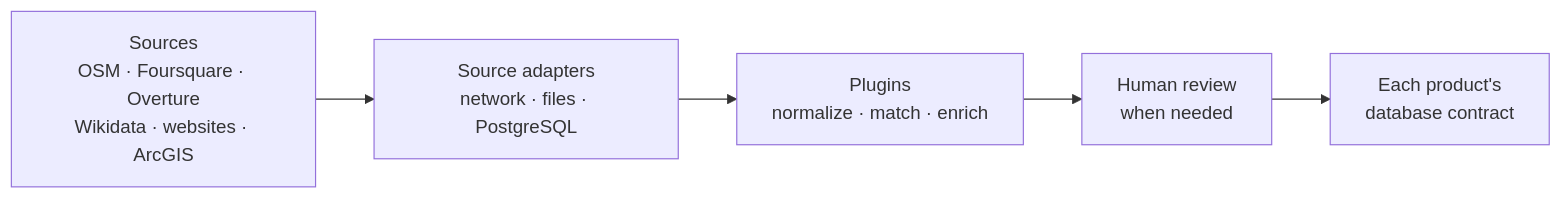
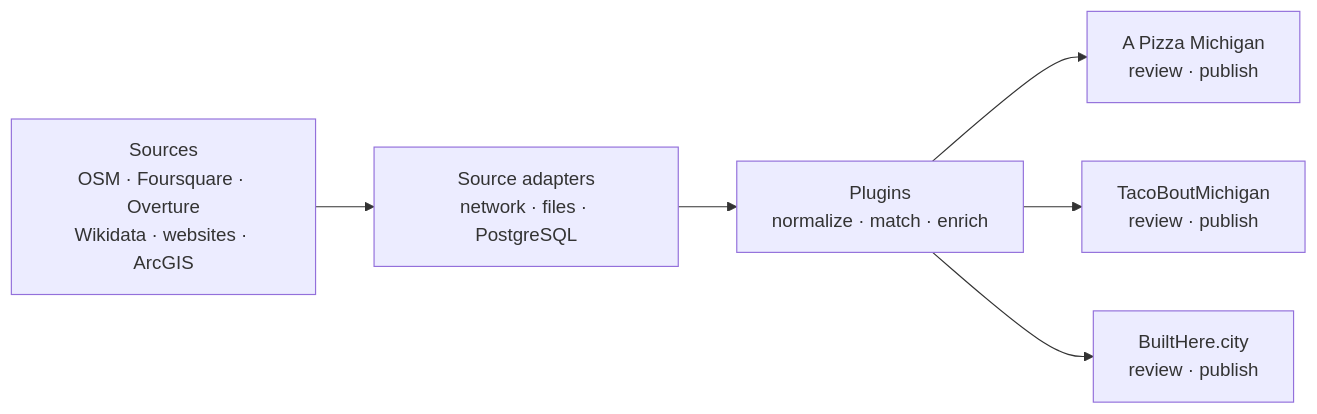
The second of 2 diagrams in README.md (Antwohlf/map-data-aggregation-enhancement-pipeline), drawn with Mermaid before and after one commit. The commit also changed other lines of this file, not shown here.

Commit message:
Clarify product-owned review boundaries

````diff
--- a/README.md
+++ b/README.md
@@ -34,10 +34,14 @@
 ```mermaid
 flowchart LR
   Sources["Sources<br/>OSM · Foursquare · Overture<br/>Wikidata · websites · ArcGIS"]
   Adapters["Source adapters<br/>network · files · PostgreSQL"]
   Plugins["Plugins<br/>normalize · match · enrich"]
-  Review["Human review<br/>when needed"]
-  Publish["Each product's<br/>database contract"]
+  Pizza["A Pizza Michigan<br/>review · publish"]
+  Taco["TacoBoutMichigan<br/>review · publish"]
+  Built["BuiltHere.city<br/>review · publish"]
 
-  Sources --> Adapters --> Plugins --> Review --> Publish
+  Sources --> Adapters --> Plugins
+  Plugins --> Pizza
+  Plugins --> Taco
+  Plugins --> Built
 ```
````
